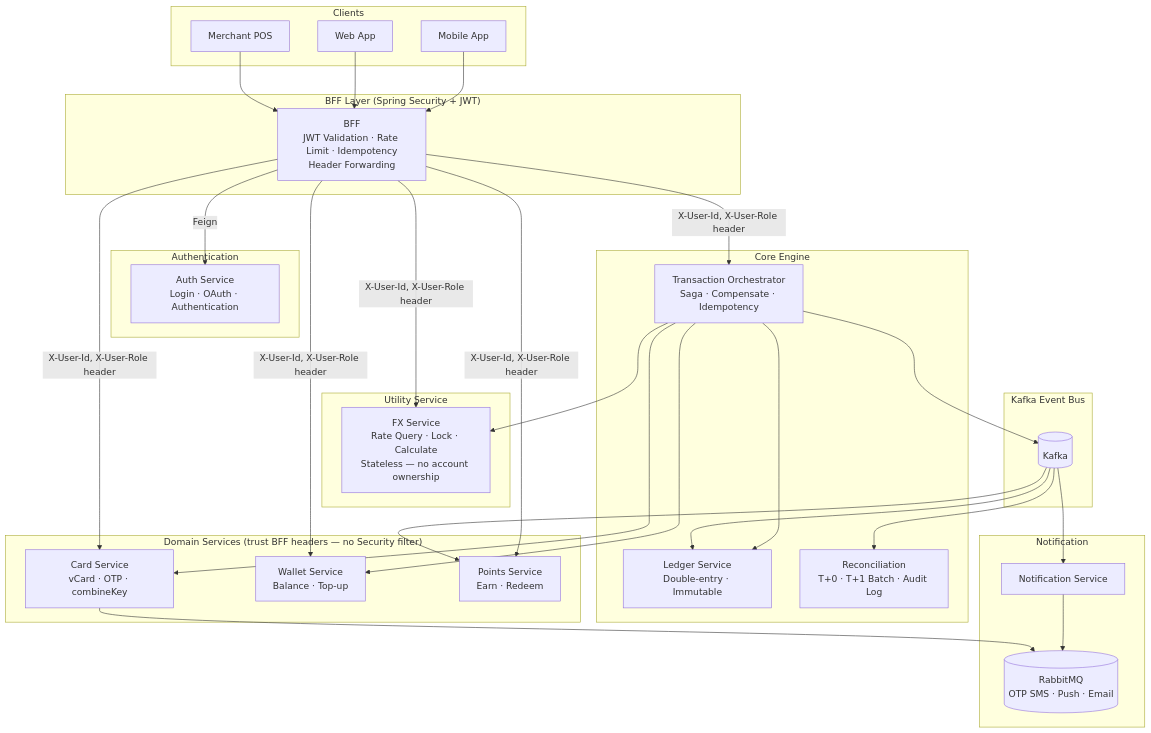
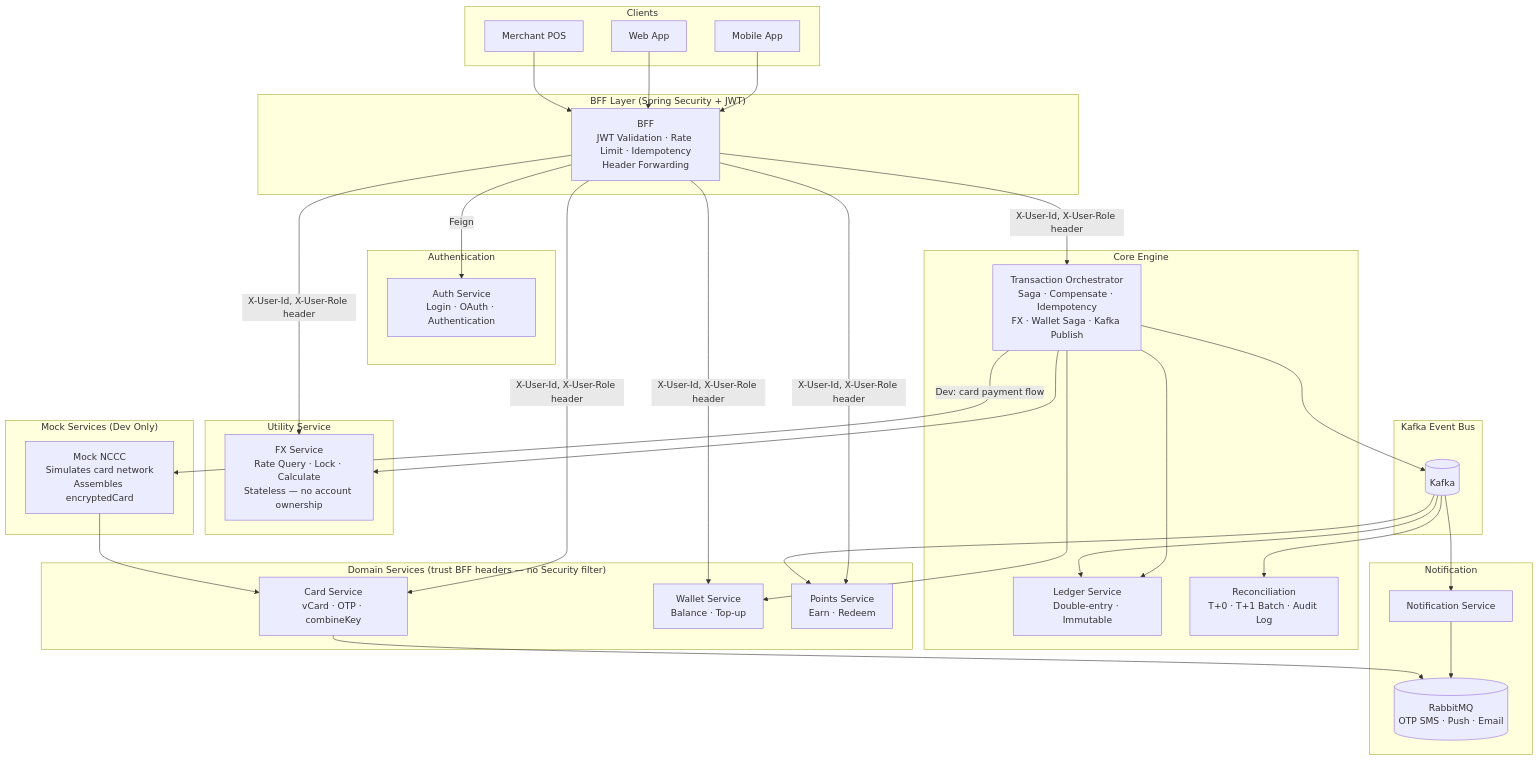
The diagram in guideline/1-system-architecture.md (Williamrightone/WillCard_Doc), drawn with Mermaid before and after one commit. The commit also changed other lines of this file and 14 other files, not shown here.

````diff
--- a/guideline/1-system-architecture.md
+++ b/guideline/1-system-architecture.md
@@ -36,66 +40,71 @@
 ```mermaid
 graph TB
     subgraph Clients["Clients"]
         MA[Mobile App]
         WA[Web App]
         POS[Merchant POS]
     end
 
     subgraph BFF_Layer["BFF Layer (Spring Security + JWT)"]
         BFF[BFF<br/>JWT Validation · Rate Limit · Idempotency<br/>Header Forwarding]
     end
 
     subgraph Auth_Layer["Authentication"]
         AUTH[Auth Service<br/>Login · OAuth · Authentication]
     end
 
     subgraph Domain_Layer["Domain Services (trust BFF headers — no Security filter)"]
         CARD[Card Service<br/>vCard · OTP · combineKey]
         WALLET[Wallet Service<br/>Balance · Top-up]
         POINTS[Points Service<br/>Earn · Redeem]
     end
 
     subgraph Utility_Layer["Utility Service"]
         FX[FX Service<br/>Rate Query · Lock · Calculate<br/>Stateless — no account ownership]
     end
 
     subgraph Core_Layer["Core Engine"]
-        ORCH[Transaction Orchestrator<br/>Saga · Compensate · Idempotency]
+        ORCH[Transaction Orchestrator<br/>Saga · Compensate · Idempotency<br/>FX · Wallet Saga · Kafka Publish]
         LEDGER[Ledger Service<br/>Double-entry · Immutable]
         RECON[Reconciliation<br/>T+0 · T+1 Batch · Audit Log]
+    end
+
+    subgraph Mock_Layer["Mock Services (Dev Only)"]
+        MNCCC[Mock NCCC<br/>Simulates card network<br/>Assembles encryptedCard]
     end
 
     subgraph Event_Bus["Kafka Event Bus"]
         KAFKA[(Kafka)]
     end
 
     subgraph Notification_Layer["Notification"]
         NOTIFY[Notification Service]
         MQ[(RabbitMQ<br/>OTP SMS · Push · Email)]
     end
 
     MA --> BFF
     WA --> BFF
     POS --> BFF
 
     BFF -->|Feign| AUTH
     BFF -->|X-User-Id, X-User-Role header| CARD
     BFF -->|X-User-Id, X-User-Role header| WALLET
     BFF -->|X-User-Id, X-User-Role header| POINTS
     BFF -->|X-User-Id, X-User-Role header| FX
     BFF -->|X-User-Id, X-User-Role header| ORCH
 
-    ORCH --> CARD
+    ORCH -->|Dev: card payment flow| MNCCC
+    MNCCC --> CARD
     ORCH --> WALLET
     ORCH --> FX
     ORCH --> LEDGER
     ORCH --> KAFKA
 
     KAFKA --> POINTS
     KAFKA --> LEDGER
     KAFKA --> RECON
     KAFKA --> NOTIFY
 
     NOTIFY --> MQ
     CARD --> MQ
 ```
````
